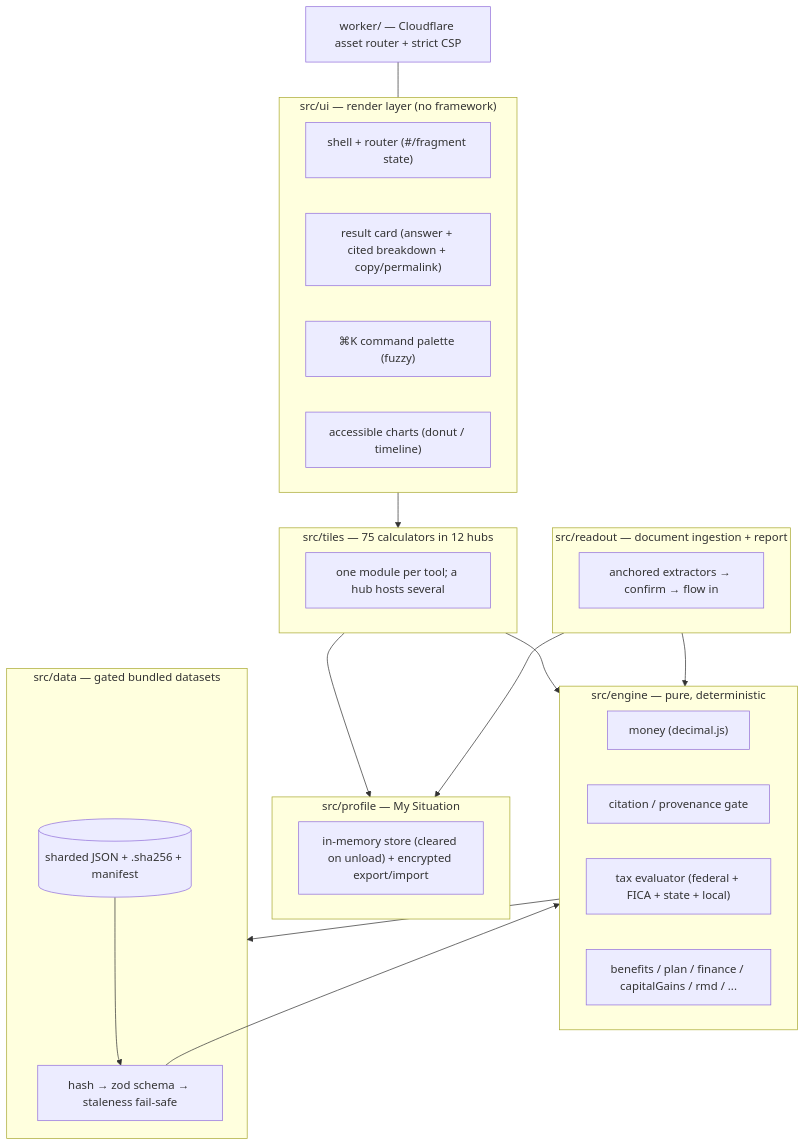
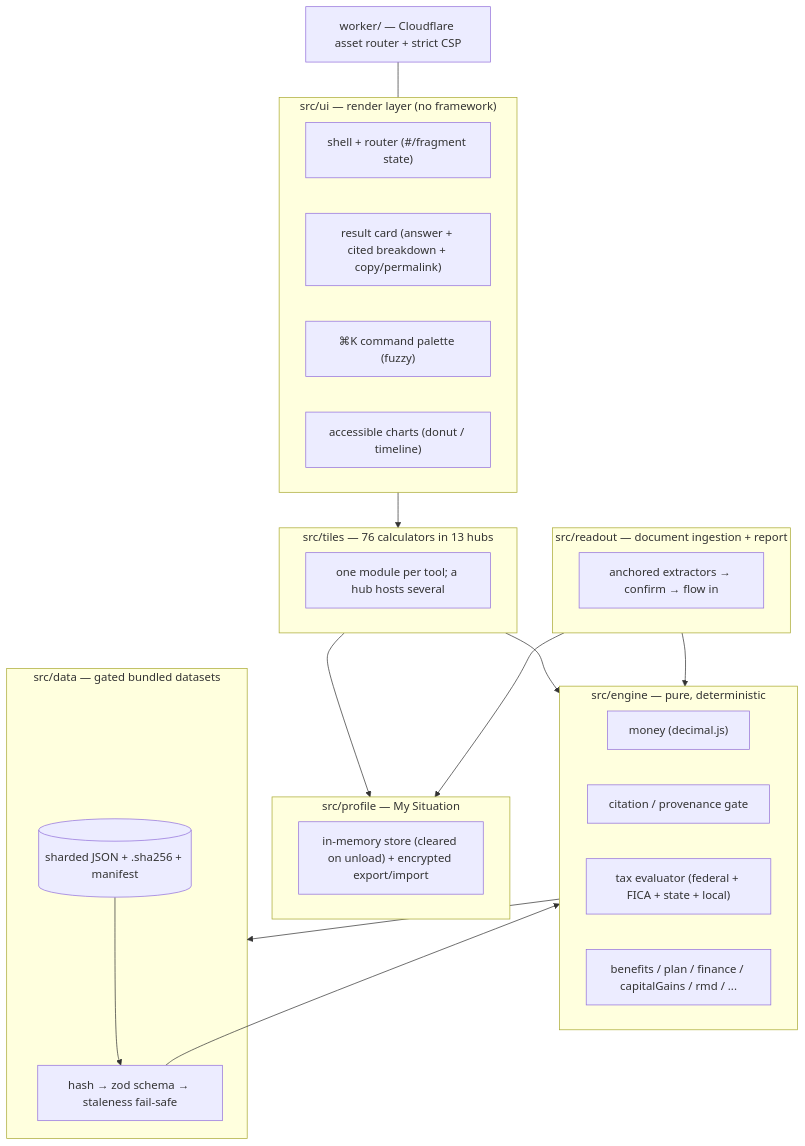
The second of 7 diagrams in docs/under-the-hood.md (clay-good/enklayve), drawn with Mermaid before and after one commit. The commit also changed other lines of this file and 19 other files, not shown here.

````diff
--- a/docs/under-the-hood.md
+++ b/docs/under-the-hood.md
@@ -300,36 +300,36 @@
 ```mermaid
 flowchart TD
     subgraph UI["src/ui — render layer (no framework)"]
         SH["shell + router (#/fragment state)"]
         RC["result card (answer + cited breakdown + copy/permalink)"]
         CP["⌘K command palette (fuzzy)"]
         CH["accessible charts (donut / timeline)"]
     end
-    subgraph TILES["src/tiles — 75 calculators in 12 hubs"]
+    subgraph TILES["src/tiles — 76 calculators in 13 hubs"]
         T1["one module per tool; a hub hosts several"]
     end
     subgraph PROFILE["src/profile — My Situation"]
         PS["in-memory store (cleared on unload) + encrypted export/import"]
     end
     subgraph READOUT["src/readout — document ingestion + report"]
         RX["anchored extractors → confirm → flow in"]
     end
     subgraph ENGINE["src/engine — pure, deterministic"]
         MN["money (decimal.js)"]
         CI["citation / provenance gate"]
         TAX["tax evaluator (federal + FICA + state + local)"]
         BEN["benefits / plan / finance / capitalGains / rmd / ..."]
     end
     subgraph DATA["src/data — gated bundled datasets"]
         LO["hash → zod schema → staleness fail-safe"]
         DS[("sharded JSON + .sha256 + manifest")]
     end
     TILES --> ENGINE
     READOUT --> ENGINE
     TILES --> PROFILE
     READOUT --> PROFILE
     UI --> TILES
     ENGINE --> DATA
     DS --> LO --> ENGINE
     WORKER["worker/ — Cloudflare asset router + strict CSP"] --- UI
 ```
````
